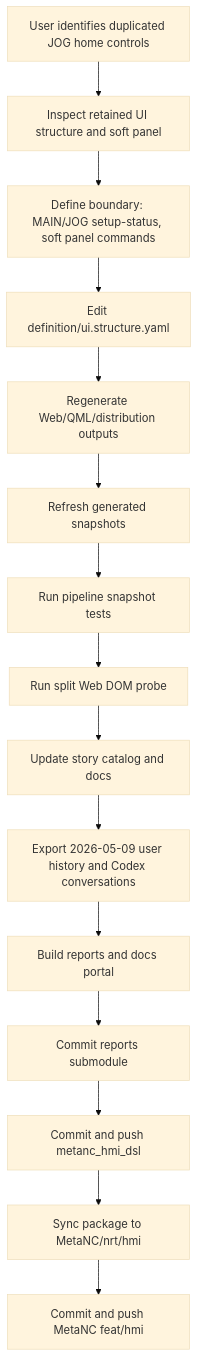
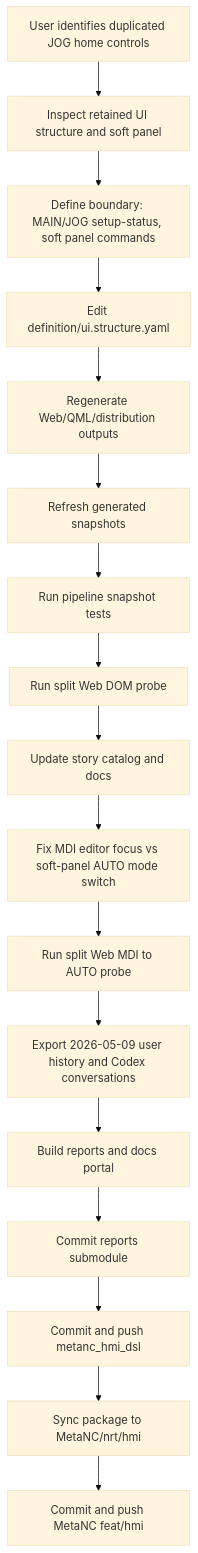
The diagram in 2026-05-09-codex-session/workflow-diagram.md (luppiterw/metanc_hmi_dsl_reports), drawn with Mermaid (base theme) before and after one commit. The commit also changed 11 other files, not shown here.

Commit message:
docs: update 2026-05-09 MAIN mode switch report

````diff
--- a/2026-05-09-codex-session/workflow-diagram.md
+++ b/2026-05-09-codex-session/workflow-diagram.md
@@ -3,17 +3,19 @@
 ```mermaid
 flowchart TD
     A[User identifies duplicated JOG home controls] --> B[Inspect retained UI structure and soft panel]
     B --> C[Define boundary: MAIN/JOG setup-status, soft panel commands]
     C --> D[Edit definition/ui.structure.yaml]
     D --> E[Regenerate Web/QML/distribution outputs]
     E --> F[Refresh generated snapshots]
     F --> G[Run pipeline snapshot tests]
     G --> H[Run split Web DOM probe]
     H --> I[Update story catalog and docs]
-    I --> J[Export 2026-05-09 user history and Codex conversations]
-    J --> K[Build reports and docs portal]
-    K --> L[Commit reports submodule]
-    L --> M[Commit and push metanc_hmi_dsl]
-    M --> N[Sync package to MetaNC/nrt/hmi]
-    N --> O[Commit and push MetaNC feat/hmi]
+    I --> J[Fix MDI editor focus vs soft-panel AUTO mode switch]
+    J --> K[Run split Web MDI to AUTO probe]
+    K --> L[Export 2026-05-09 user history and Codex conversations]
+    L --> M[Build reports and docs portal]
+    M --> N[Commit reports submodule]
+    N --> O[Commit and push metanc_hmi_dsl]
+    O --> P[Sync package to MetaNC/nrt/hmi]
+    P --> Q[Commit and push MetaNC feat/hmi]
 ```
````
